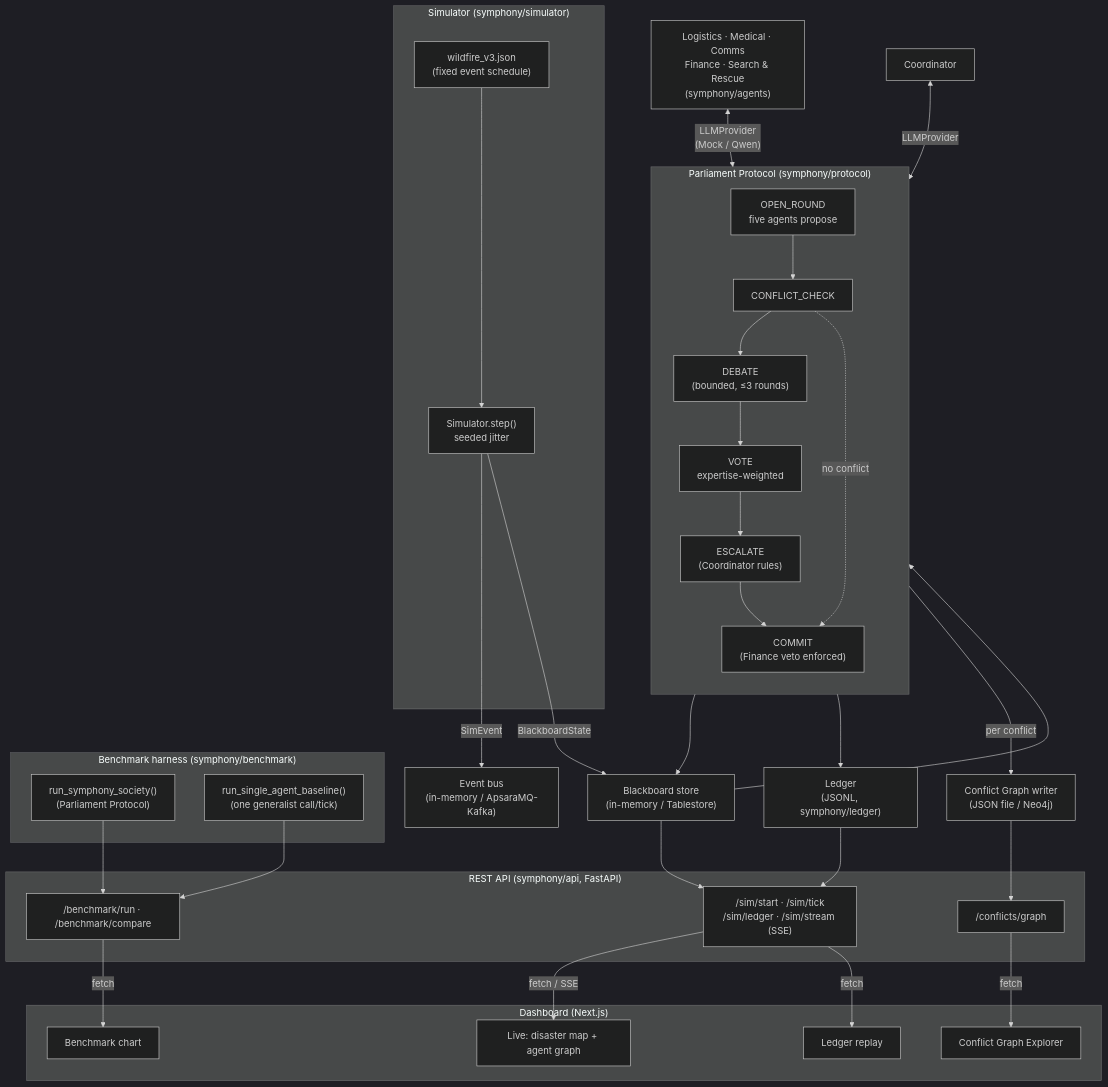
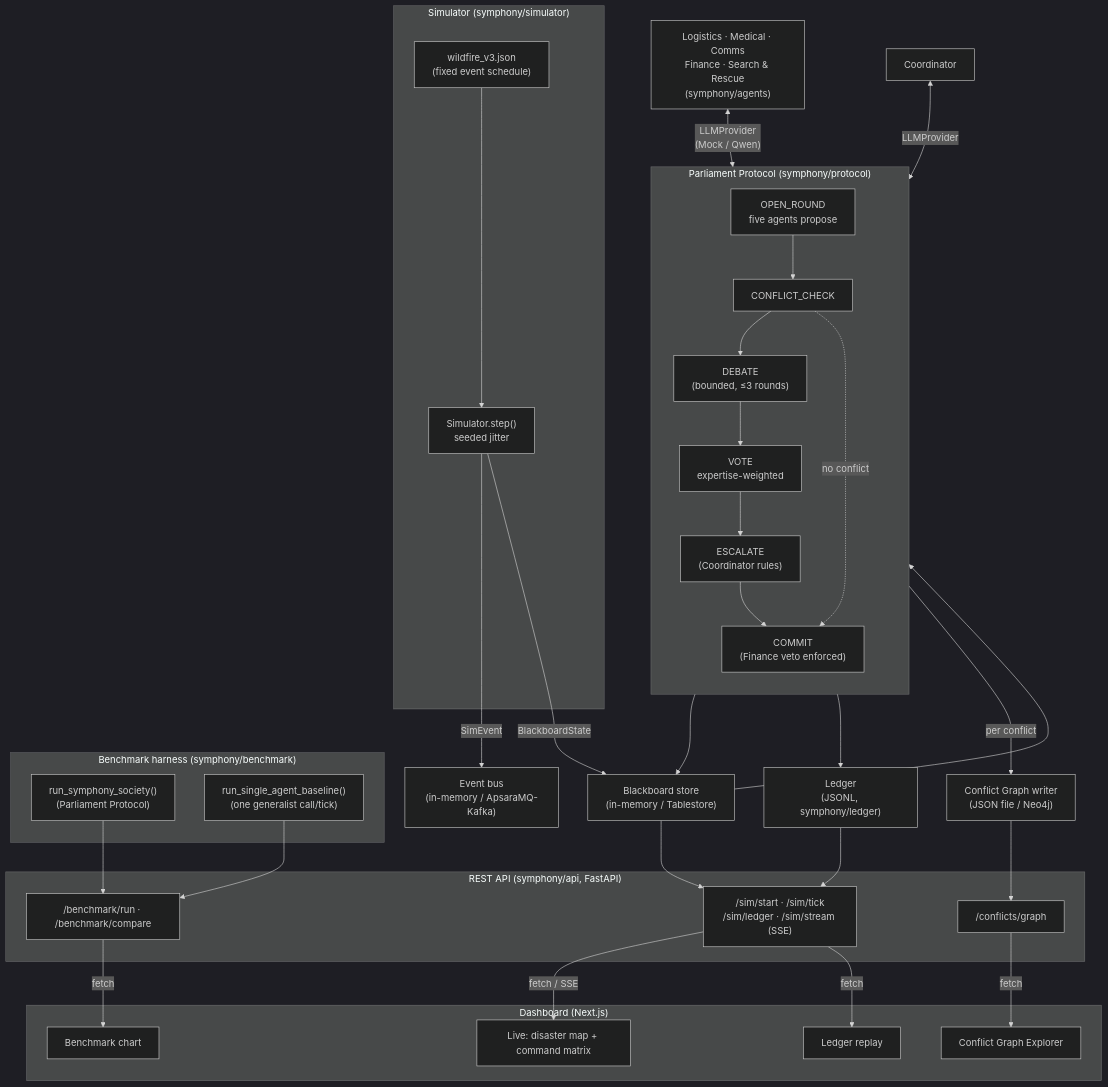
The first of 2 diagrams in docs/architecture.md (techaaditya/Symphony), drawn with Mermaid (dark theme) before and after one commit. The commit also changed other lines of this file and 7 other files, not shown here.

First line of the commit message:
docs: keep the repo to shipped source, README and architecture only

````diff
--- a/docs/architecture.md
+++ b/docs/architecture.md
@@ -5,60 +5,60 @@
 ```mermaid
 flowchart TB
     subgraph Sim["Simulator (symphony/simulator)"]
         Scenario["wildfire_v3.json\n(fixed event schedule)"]
         Engine["Simulator.step()\nseeded jitter"]
         Scenario --> Engine
     end
 
     Engine -->|"SimEvent"| Bus["Event bus\n(in-memory / ApsaraMQ-Kafka)"]
     Engine -->|"BlackboardState"| Board["Blackboard store\n(in-memory / Tablestore)"]
 
     subgraph Parliament["Parliament Protocol (symphony/protocol)"]
         direction TB
         Propose["OPEN_ROUND\nfive agents propose"]
         Conflict["CONFLICT_CHECK"]
         Debate["DEBATE\n(bounded, ≤3 rounds)"]
         Vote["VOTE\nexpertise-weighted"]
         Escalate["ESCALATE\n(Coordinator rules)"]
         Commit["COMMIT\n(Finance veto enforced)"]
         Propose --> Conflict --> Debate --> Vote --> Escalate --> Commit
         Conflict -.no conflict.-> Commit
     end
 
     Board --> Propose
     Agents["Logistics · Medical · Comms\nFinance · Search & Rescue\n(symphony/agents)"] <-->|"LLMProvider\n(Mock / Qwen)"| Propose
     Coordinator["Coordinator"] <-->|"LLMProvider"| Escalate
     Commit --> Board
 
     Commit --> Ledger["Ledger\n(JSONL, symphony/ledger)"]
     Conflict -->|"per conflict"| Graph["Conflict Graph writer\n(JSON file / Neo4j)"]
 
     subgraph API["REST API (symphony/api, FastAPI)"]
         SimEP["/sim/start · /sim/tick\n/sim/ledger · /sim/stream (SSE)"]
         BenchEP["/benchmark/run · /benchmark/compare"]
         ConflictEP["/conflicts/graph"]
     end
 
     Ledger --> SimEP
     Board --> SimEP
     Graph --> ConflictEP
 
     subgraph Bench["Benchmark harness (symphony/benchmark)"]
         Society["run_symphony_society()\n(Parliament Protocol)"]
         Baseline["run_single_agent_baseline()\n(one generalist call/tick)"]
         Society --> BenchEP
         Baseline --> BenchEP
     end
 
     subgraph Dashboard["Dashboard (Next.js)"]
-        Live["Live: disaster map + agent graph"]
+        Live["Live: disaster map + command matrix"]
         LedgerView["Ledger replay"]
         ConflictView["Conflict Graph Explorer"]
         BenchView["Benchmark chart"]
     end
 
     SimEP -->|"fetch / SSE"| Live
     SimEP -->|"fetch"| LedgerView
     ConflictEP -->|"fetch"| ConflictView
     BenchEP -->|"fetch"| BenchView
 ```
````
